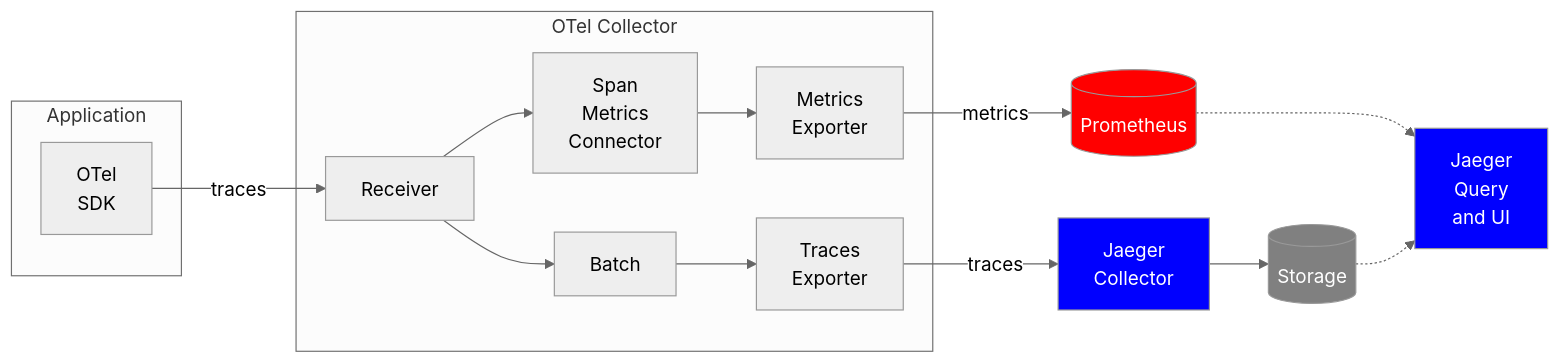
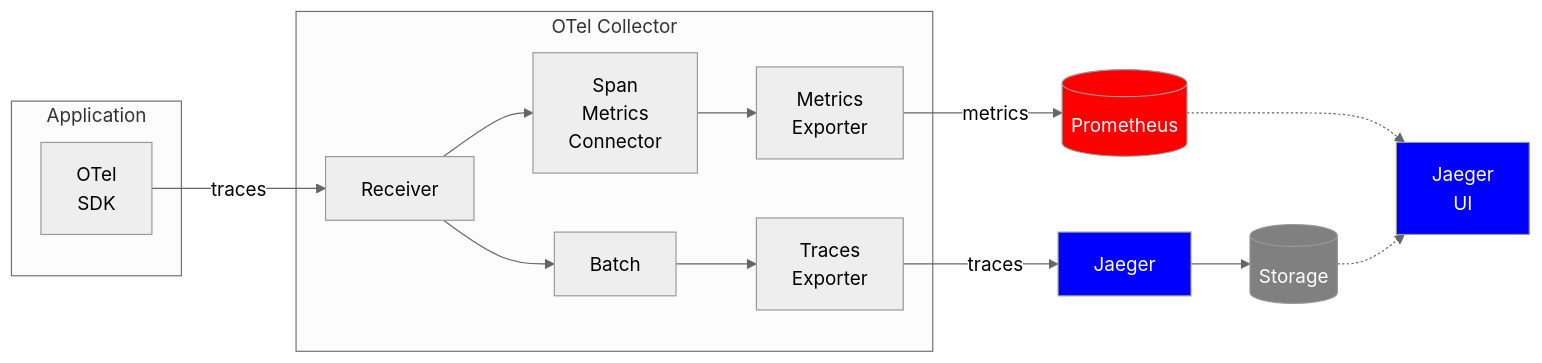
Before and after one commit to codacy-open-source-projects-scans/jaeger: the diagram in docker-compose/monitor/README.md, drawn with Mermaid (neutral theme). The commit also changed other lines of this file and 168 other files, not shown here.

````diff
--- a/docker-compose/monitor/README.md
+++ b/docker-compose/monitor/README.md
@@ -30,38 +30,36 @@
 ```mermaid
 flowchart LR
     SDK -->|traces| Receiver
     Receiver --> MG
     Receiver --> Batch
     MG --> ExpMetrics
     Batch --> ExpTraces
     ExpMetrics -->|metrics| Prometheus[(Prometheus)]
-    ExpTraces -->|traces| Jaeger[Jaeger
-     Collector]
+    ExpTraces -->|traces| Jaeger[Jaeger]
     Prometheus -.-> JaegerUI
     Jaeger --> Storage[(Storage)]
     Storage -.-> JaegerUI[Jaeger
-     Query
-     and UI]
+     UI]
 
     style Prometheus fill:red,color:white
     style Jaeger fill:blue,color:white
     style JaegerUI fill:blue,color:white
     style Storage fill:gray,color:white
 
     subgraph Application
         SDK[OTel
          SDK]
     end
 
     subgraph OTEL[OTel Collector]
         Receiver
         Batch
         MG[Span
          Metrics
          Connector]
         ExpTraces[Traces
          Exporter]
         ExpMetrics[Metrics
          Exporter]
     end
 ```
````
